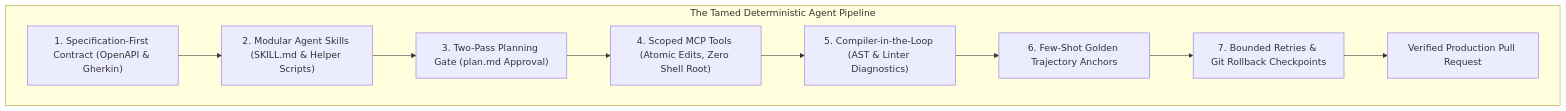
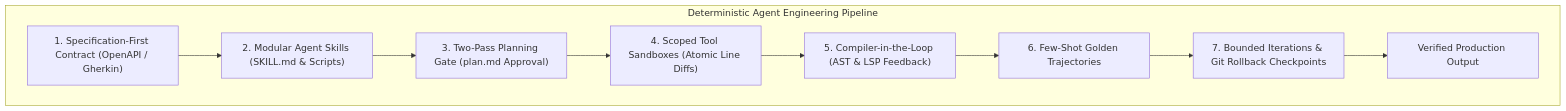
One commit to akmalkhaniub/akmalkhaniub.github.io changed the first of 2 diagrams in blog/posts/how-to-tame-your-agents-deterministic-ai-engineering-strategies.md. Above: the diagram before and after it, drawn with Mermaid. The commit also changed other lines of this file and 659 other files, not shown here.

````diff
--- a/blog/posts/how-to-tame-your-agents-deterministic-ai-engineering-strategies.md
+++ b/blog/posts/how-to-tame-your-agents-deterministic-ai-engineering-strategies.md
@@ -18,12 +13,12 @@
 ```mermaid
 graph TD
-  subgraph The Tamed Deterministic Agent Pipeline
-    Spec["1. Specification-First Contract (OpenAPI & Gherkin)"] --> Skills["2. Modular Agent Skills (SKILL.md & Helper Scripts)"]
+  subgraph Deterministic Agent Engineering Pipeline
+    Contract["1. Specification-First Contract (OpenAPI / Gherkin)"] --> Skills["2. Modular Agent Skills (SKILL.md & Scripts)"]
     Skills --> PlanGate["3. Two-Pass Planning Gate (plan.md Approval)"]
-    PlanGate --> ScopedMCP["4. Scoped MCP Tools (Atomic Edits, Zero Shell Root)"]
-    ScopedMCP --> CITL["5. Compiler-in-the-Loop (AST & Linter Diagnostics)"]
-    CITL --> GoldenTraj["6. Few-Shot Golden Trajectory Anchors"]
-    GoldenTraj --> RollbackGate["7. Bounded Retries & Git Rollback Checkpoints"]
-    RollbackGate --> VerifiedOutput[Verified Production Pull Request]
+    PlanGate --> ScopedTools["4. Scoped Tool Sandboxes (Atomic Line Diffs)"]
+    ScopedTools --> CompilerGate["5. Compiler-in-the-Loop (AST & LSP Feedback)"]
+    CompilerGate --> GoldenAnchors["6. Few-Shot Golden Trajectories"]
+    GoldenAnchors --> RollbackGate["7. Bounded Iterations & Git Rollback Checkpoints"]
+    RollbackGate --> VerifiedPR["Verified Production Output"]
   end
 ```
````
